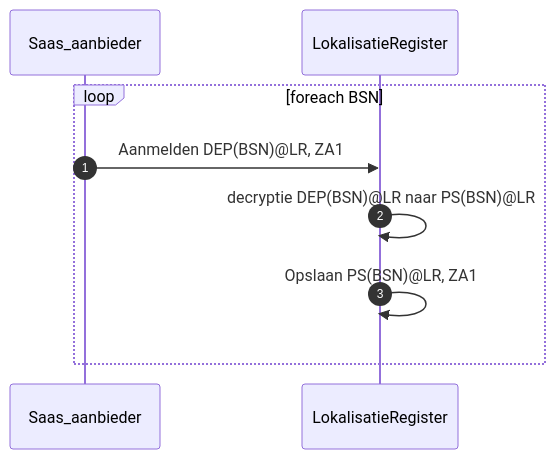
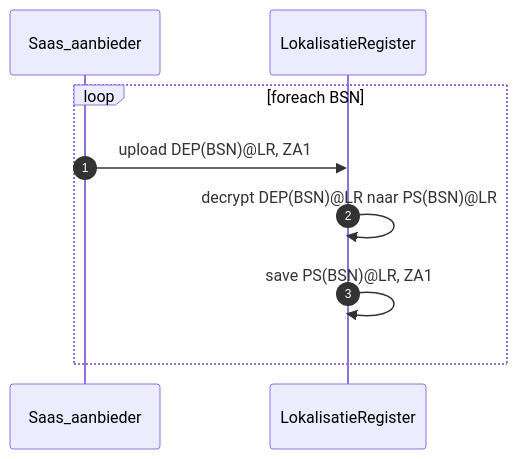
Before and after one commit to minvws/generiekefuncties-lokalisatie: the third of 4 diagrams in architectuur/sequentie-diagrammen.md, drawn with Mermaid. The commit also changed other lines of this file, not shown here.

````diff
--- a/architectuur/sequentie-diagrammen.md
+++ b/architectuur/sequentie-diagrammen.md
@@ -33,9 +33,9 @@
 ```mermaid
 sequenceDiagram
 autonumber
 loop foreach BSN
-  Saas_aanbieder ->> LokalisatieRegister: Aanmelden DEP(BSN)@LR, ZA1
-  LokalisatieRegister ->> LokalisatieRegister: decryptie DEP(BSN)@LR naar PS(BSN)@LR
-  LokalisatieRegister ->> LokalisatieRegister: Opslaan PS(BSN)@LR, ZA1
+  Saas_aanbieder ->> LokalisatieRegister: upload DEP(BSN)@LR, ZA1
+  LokalisatieRegister ->> LokalisatieRegister: decrypt DEP(BSN)@LR naar PS(BSN)@LR
+  LokalisatieRegister ->> LokalisatieRegister: save PS(BSN)@LR, ZA1
 end
 ```
````
